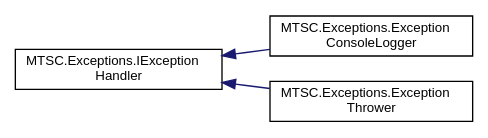
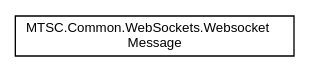
The diagram in docs/inherit_graph_8.dot (AlexMacocian/MTSC), drawn with Graphviz before and after one commit. The commit also changed 348 other files, not shown here.

```diff
--- a/docs/inherit_graph_8.dot
+++ b/docs/inherit_graph_8.dot
@@ -1,12 +1,8 @@
 digraph "Graphical Class Hierarchy"
 {
  // LATEX_PDF_SIZE
   edge [fontname="Helvetica",fontsize="10",labelfontname="Helvetica",labelfontsize="10"];
   node [fontname="Helvetica",fontsize="10",shape=record];
   rankdir="LR";
-  Node0 [label="MTSC.Exceptions.IException\lHandler",height=0.2,width=0.4,color="black", fillcolor="white", style="filled",URL="$d8/d5c/interface_m_t_s_c_1_1_exceptions_1_1_i_exception_handler.html",tooltip="Handler to be used for handling exception."];
-  Node0 -> Node1 [dir="back",color="midnightblue",fontsize="10",style="solid",fontname="Helvetica"];
-  Node1 [label="MTSC.Exceptions.Exception\lConsoleLogger",height=0.2,width=0.4,color="black", fillcolor="white", style="filled",URL="$df/d86/class_m_t_s_c_1_1_exceptions_1_1_exception_console_logger.html",tooltip="Logs the received exceptions to the console."];
-  Node0 -> Node2 [dir="back",color="midnightblue",fontsize="10",style="solid",fontname="Helvetica"];
-  Node2 [label="MTSC.Exceptions.Exception\lThrower",height=0.2,width=0.4,color="black", fillcolor="white", style="filled",URL="$dc/d94/class_m_t_s_c_1_1_exceptions_1_1_exception_thrower.html",tooltip="Throws all handled exceptions."];
+  Node0 [label="MTSC.Common.WebSockets.Websocket\lMessage",height=0.2,width=0.4,color="black", fillcolor="white", style="filled",URL="$d8/d92/class_m_t_s_c_1_1_common_1_1_web_sockets_1_1_websocket_message.html",tooltip="Class containing the bytes of a websocket received message."];
 }
```
